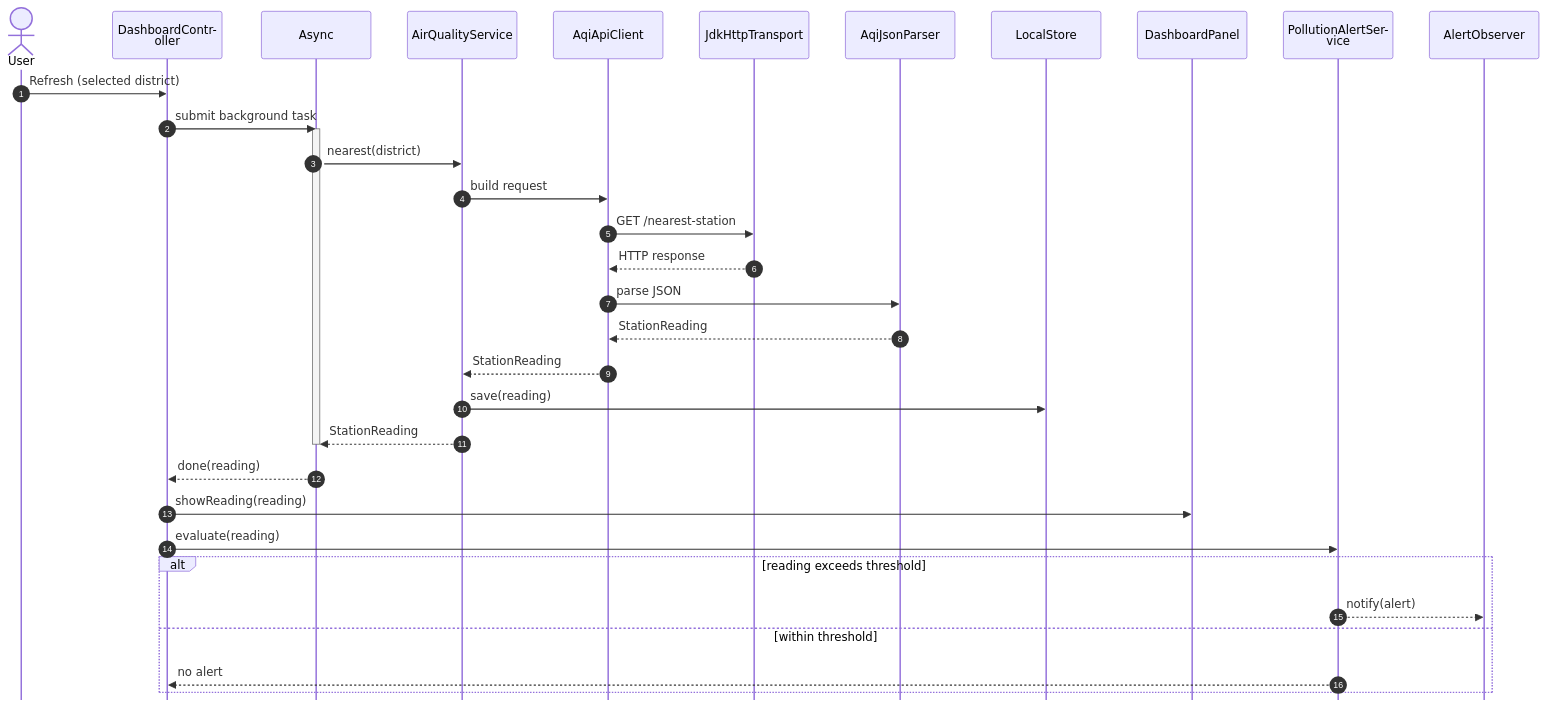
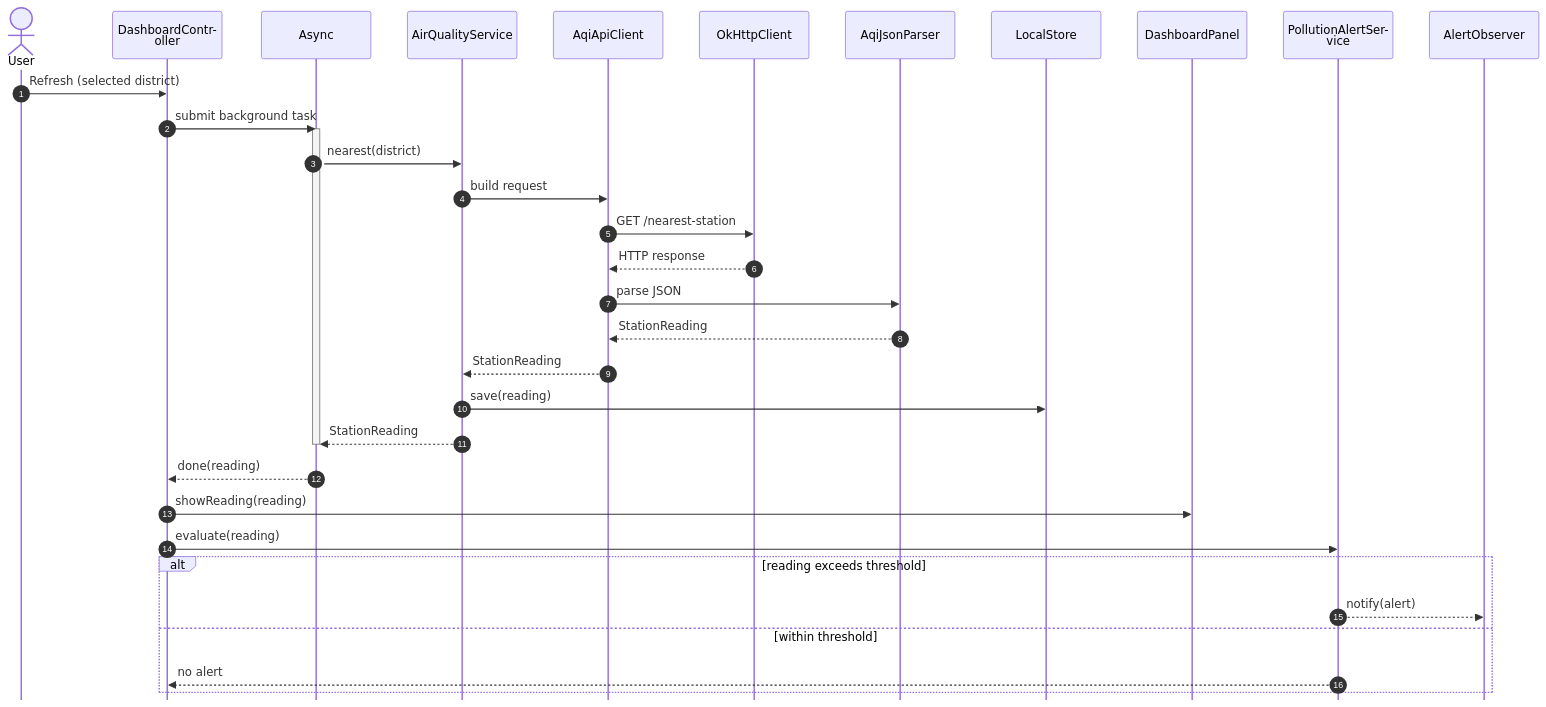
The diagram in docs/diagrams/refresh-flow.mmd (melvinchia3636/sc-assignment), drawn with Mermaid before and after one commit. The commit also changed 17 other files, not shown here.

Commit message:
refactor: inject OkHttpClient and test with MockWebServer

```diff
--- a/docs/diagrams/refresh-flow.mmd
+++ b/docs/diagrams/refresh-flow.mmd
@@ -1,43 +1,43 @@
 ---
 config:
   theme: default
   sequence:
     mirrorActors: false
     messageAlign: left
     wrap: true
 ---
 sequenceDiagram
     autonumber
     actor User
     participant C as DashboardController
     participant A as Async
     participant S as AirQualityService
     participant API as AqiApiClient
-    participant T as JdkHttpTransport
+    participant H as OkHttpClient
     participant P as AqiJsonParser
     participant L as LocalStore
     participant V as DashboardPanel
     participant Al as PollutionAlertService
     participant O as AlertObserver
 
     User->>C: Refresh (selected district)
     C->>A: submit background task
     activate A
     A->>S: nearest(district)
     S->>API: build request
-    API->>T: GET /nearest-station
-    T-->>API: HTTP response
+    API->>H: GET /nearest-station
+    H-->>API: HTTP response
     API->>P: parse JSON
     P-->>API: StationReading
     API-->>S: StationReading
     S->>L: save(reading)
     S-->>A: StationReading
     deactivate A
     A-->>C: done(reading)
     C->>V: showReading(reading)
     C->>Al: evaluate(reading)
     alt reading exceeds threshold
         Al-->>O: notify(alert)
     else within threshold
         Al-->>C: no alert
     end
```
